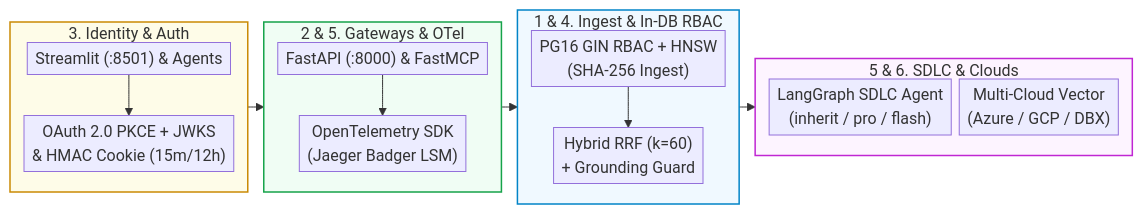
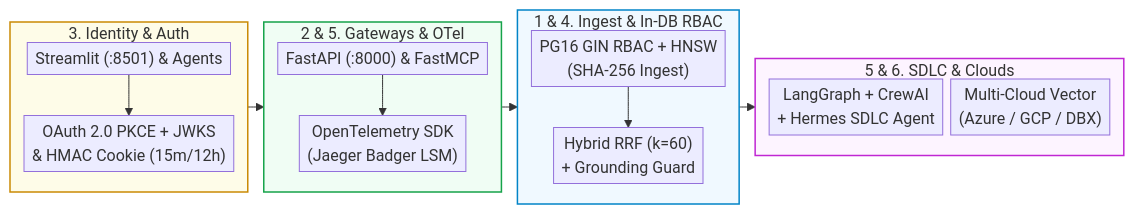
Before and after one commit to Kenono2000/enterprise-rag-pgvector-rbac: the first of 7 diagrams in README.md, drawn with Mermaid. The commit also changed other lines of this file and 5 other files, not shown here.

First line of the commit message:
feat: Enhance SDLC workflow with CrewAI orchestration and Hermes skill synthesis

````diff
--- a/README.md
+++ b/README.md
@@ -11,26 +11,26 @@
 ```mermaid
 %%{init: {'flowchart': {'nodeSpacing': 8, 'rankSpacing': 16, 'padding': 4}}}%%
 flowchart LR
     subgraph Identity ["3. Identity & Auth"]
         direction TB
         UI["Streamlit (:8501) & Agents"] --> PKCE["OAuth 2.0 PKCE + JWKS<br/>& HMAC Cookie (15m/12h)"]
     end
     subgraph Gateways ["2 & 5. Gateways & OTel"]
         direction TB
         API["FastAPI (:8000) & FastMCP"] --> OTel["OpenTelemetry SDK<br/>(Jaeger Badger LSM)"]
     end
     subgraph RAGCore ["1 & 4. Ingest & In-DB RBAC"]
         direction TB
         PG["PG16 GIN RBAC + HNSW<br/>(SHA-256 Ingest)"] --> RRF["Hybrid RRF (k=60)<br/>+ Grounding Guard"]
     end
     subgraph CloudAndSDLC ["5 & 6. SDLC & Clouds"]
         direction TB
-        SDLC["LangGraph SDLC Agent<br/>(inherit / pro / flash)"]
+        SDLC["LangGraph + CrewAI<br/>+ Hermes SDLC Agent"]
         Clouds["Multi-Cloud Vector<br/>(Azure / GCP / DBX)"]
     end
     Identity --> Gateways --> RAGCore --> CloudAndSDLC
     style Identity fill:#fefce8,stroke:#ca8a04,stroke-width:1.5px
     style Gateways fill:#f0fdf4,stroke:#16a34a,stroke-width:1.5px
     style RAGCore fill:#f0f9ff,stroke:#0284c7,stroke-width:1.5px
     style CloudAndSDLC fill:#fdf4ff,stroke:#c026d3,stroke-width:1.5px
 ```
````
